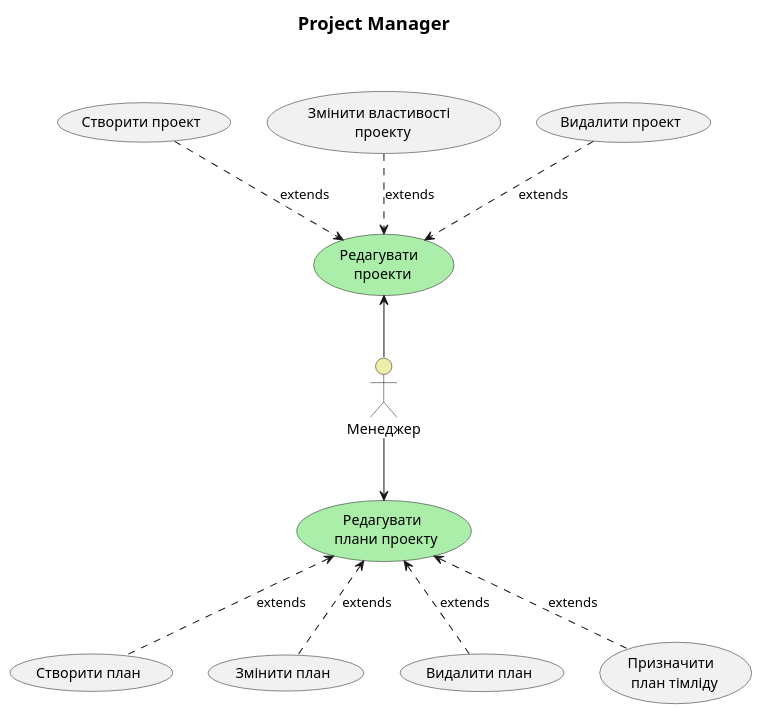
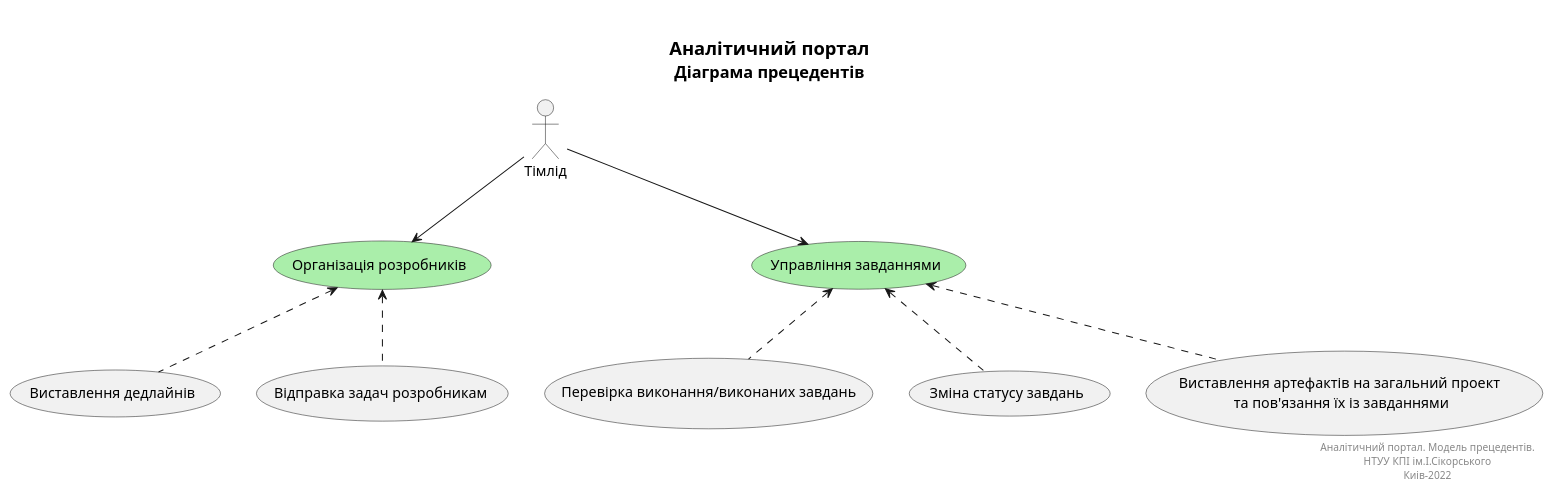
Before and after one commit to edu-db/edu_db_labs: the second of 3 diagrams in docs/use cases/README.md, drawn with PlantUML. The commit also changed other lines of this file, not shown here.

Commit message:
use-case diagrams

```diff
--- a/docs/use cases/README.md
+++ b/docs/use cases/README.md
@@ -82,44 +87,42 @@
 @startuml
 
+    right header
+        <font size=24 color=black>
+    end header
+
     title
-        <font size=18 color=black>Project Manager
-        
-        
+        <font size=18 color=black>Аналітичний портал
+        <font size=16 color=black>Діаграма прецедентів
     end title
 
-
-    actor "Менеджер" as Manager #eeeeaa
-
     
-    usecase "Редагувати \n проекти" as edit_project #aaeeaa
+    actor "Тімлід" as Teamlead
     
-    usecase "Створити проект" as create_project
-    usecase "Змінити властивості \n проекту" as change_project_properties
-    usecase "Видалити проект" as delete_project
+    usecase "Управління завданнями" as UC_1 #aaeeaa
     
-    usecase "Редагувати \n плани проекту" as edit_plan_project #aaeeaa
+    usecase "Перевірка виконання/виконаних завдань" as UC_2
+    usecase "Зміна статусу завдань" as UC_3
+    usecase "Виставлення артефактів на загальний проект \nта пов'язання їх із завданнями" as UC_4
     
-    usecase "Створити план" as create_plan
-    usecase "Змінити план" as change_plan
-    usecase "Видалити план" as delete_plan
-    usecase "Призначити \n план тімліду" as assign_team_plan
+    usecase "Організація розробників" as UC_5 #aaeeaa
+    
+    usecase "Виставлення дедлайнів" as UC_6
+    usecase "Відправка задач розробникам" as UC_7
+    
+    Teamlead --> UC_1
+    UC_2 .u.> UC_1
+    UC_3 .u.> UC_1
+    UC_4 .u.> UC_1
+    
+    Teamlead --> UC_5
+    UC_6 .u.> UC_5
+    UC_7 .u.> UC_5
     
 
-    
-    create_project .d.> edit_project :extends
-    change_project_properties .d.> edit_project :extends
-    delete_project .d.> edit_project :extends
-    
-    Manager -up-> edit_project 
-    Manager --> edit_plan_project 
-    
-    create_plan .u.> edit_plan_project :extends
-    change_plan .u.> edit_plan_project :extends
-    delete_plan .u.> edit_plan_project :extends
-    assign_team_plan .u.> edit_plan_project :extends
-
-
-    
-
+    right footer
+        Аналітичний портал. Модель прецедентів.
+        НТУУ КПІ ім.І.Сікорського
+        Киів-2022
+    end footer
 
 @enduml
```
